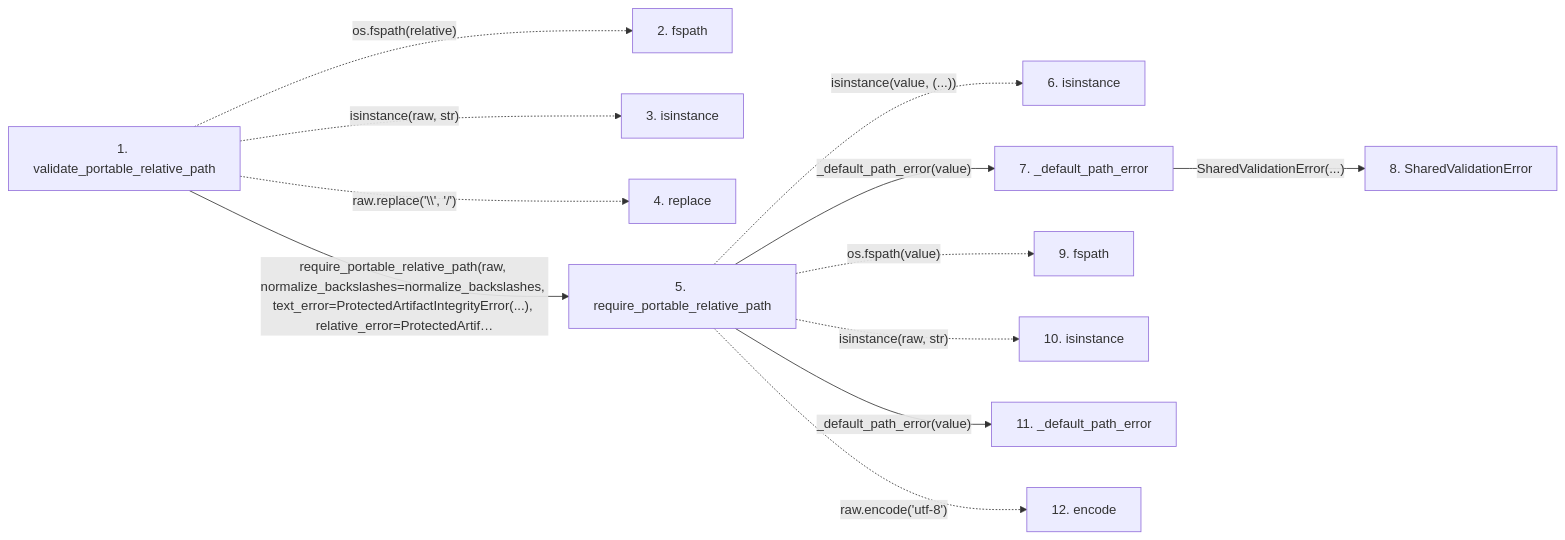
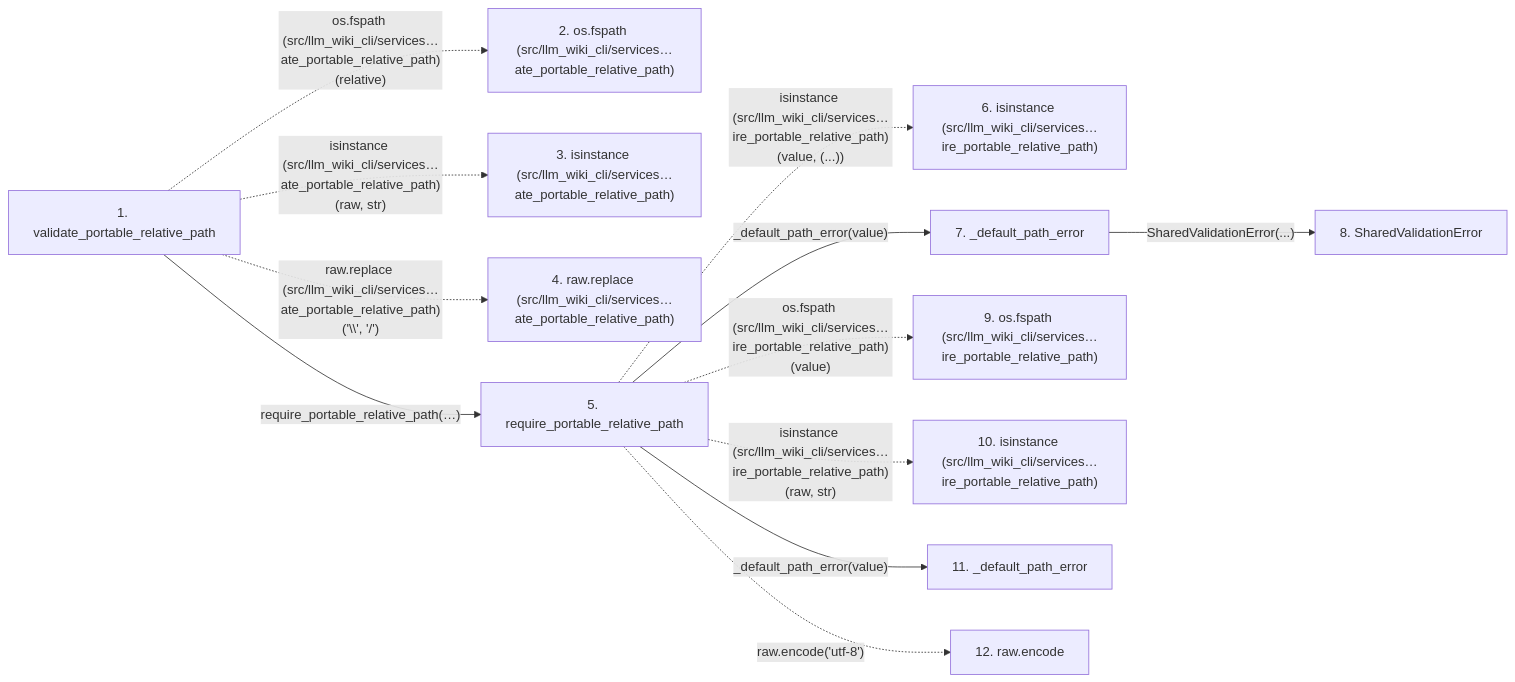
Before and after one commit to Denissvgn/python-wiki-llm: the second of 2 diagrams in docs/llm_wiki/flows/api-validate_portable_relative_path.md, drawn with Mermaid. The commit also changed other lines of this file and 719 other files, not shown here.

````diff
--- a/docs/llm_wiki/flows/api-validate_portable_relative_path.md
+++ b/docs/llm_wiki/flows/api-validate_portable_relative_path.md
@@ -66,31 +71,31 @@
 ```mermaid
 flowchart LR
     s1["1. validate_portable_relative_path"]
-    s2["2. fspath"]
-    s3["3. isinstance"]
-    s4["4. replace"]
+    s2["2. os.fspath (src/llm_wiki_cli/services…ate_portable_relative_path)"]
+    s3["3. isinstance (src/llm_wiki_cli/services…ate_portable_relative_path)"]
+    s4["4. raw.replace (src/llm_wiki_cli/services…ate_portable_relative_path)"]
     s5["5. require_portable_relative_path"]
-    s6["6. isinstance"]
+    s6["6. isinstance (src/llm_wiki_cli/services…ire_portable_relative_path)"]
     s7["7. _default_path_error"]
     s8["8. SharedValidationError"]
-    s9["9. fspath"]
-    s10["10. isinstance"]
+    s9["9. os.fspath (src/llm_wiki_cli/services…ire_portable_relative_path)"]
+    s10["10. isinstance (src/llm_wiki_cli/services…ire_portable_relative_path)"]
     s11["11. _default_path_error"]
-    s12["12. encode"]
-    s1 -. "os.fspath(relative)" .-> s2
-    s1 -. "isinstance(raw, str)" .-> s3
-    s1 -. "raw.replace('\\', '/')" .-> s4
-    s1 -->|"require_portable_relative_path(raw, normalize_backslashes=normalize_backslashes, text_error=ProtectedArtifactIntegrityError(...), relative_error=ProtectedArtif…"| s5
-    s5 -. "isinstance(value, (...))" .-> s6
+    s12["12. raw.encode"]
+    s1 -. "os.fspath (src/llm_wiki_cli/services…ate_portable_relative_path)(relative)" .-> s2
+    s1 -. "isinstance (src/llm_wiki_cli/services…ate_portable_relative_path)(raw, str)" .-> s3
+    s1 -. "raw.replace (src/llm_wiki_cli/services…ate_portable_relative_path)('\\', '/')" .-> s4
+    s1 -->|"require_portable_relative_path(…)"| s5
+    s5 -. "isinstance (src/llm_wiki_cli/services…ire_portable_relative_path)(value, (...))" .-> s6
     s5 -->|"_default_path_error(value)"| s7
     s7 -->|"SharedValidationError(...)"| s8
-    s5 -. "os.fspath(value)" .-> s9
-    s5 -. "isinstance(raw, str)" .-> s10
+    s5 -. "os.fspath (src/llm_wiki_cli/services…ire_portable_relative_path)(value)" .-> s9
+    s5 -. "isinstance (src/llm_wiki_cli/services…ire_portable_relative_path)(raw, str)" .-> s10
     s5 -->|"_default_path_error(value)"| s11
     s5 -. "raw.encode('utf-8')" .-> s12
     click s1 "../modules/protected_artifacts.md"
     click s5 "../modules/validation.md"
     click s7 "../modules/validation.md"
     click s8 "../modules/validation.md"
     click s11 "../modules/validation.md"
 ```
````
